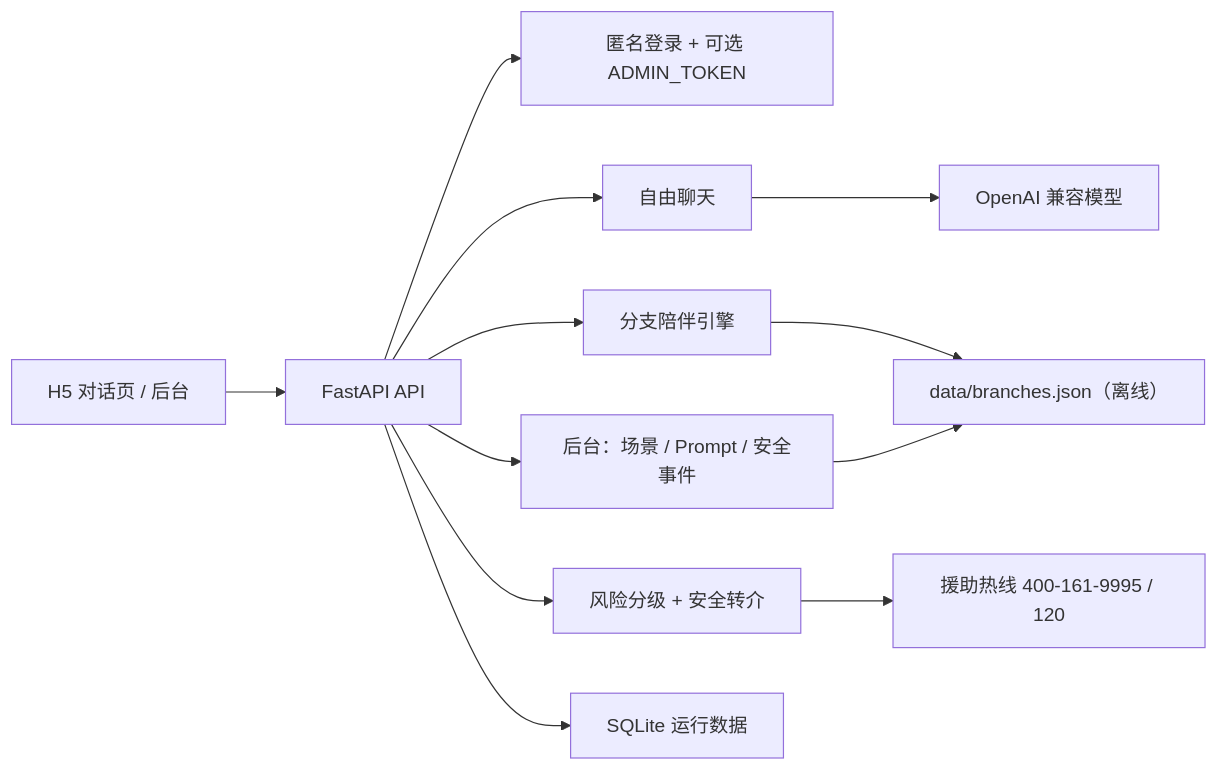
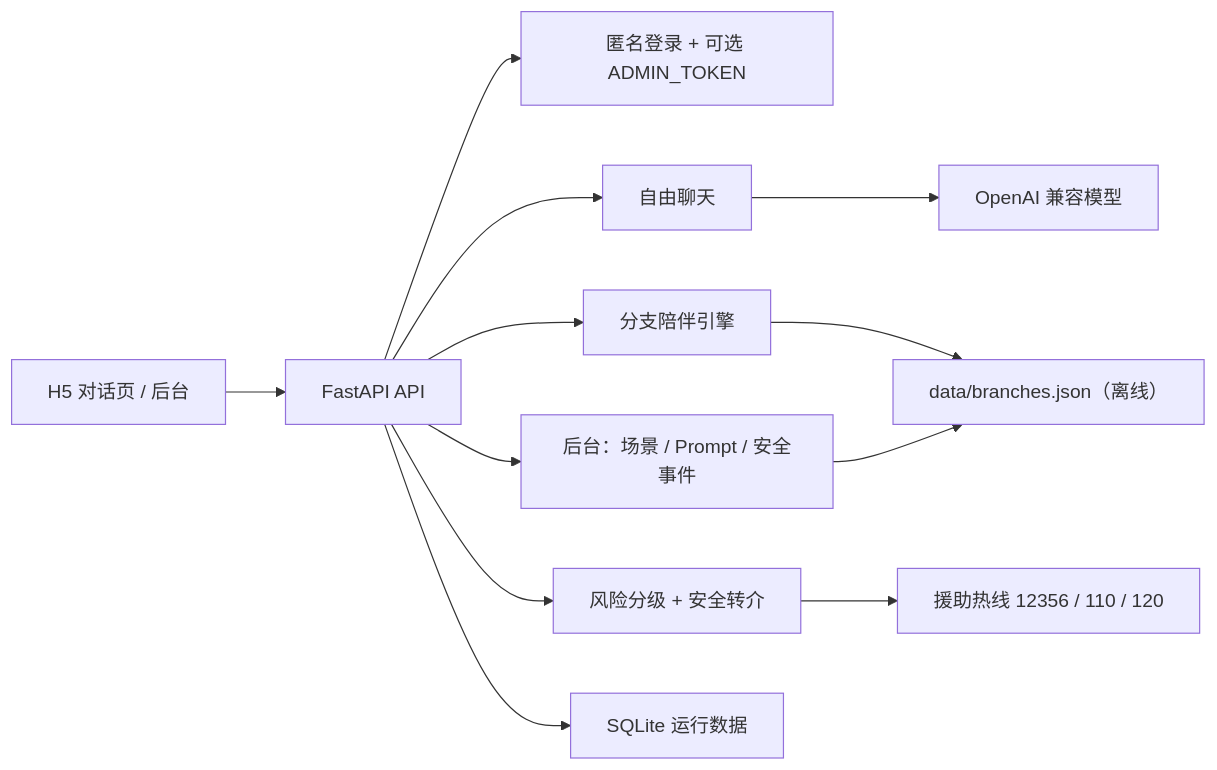
One commit to liao96312/houmenbiegun changed the diagram in README.zh-CN.md. Above: the diagram before and after it, drawn with Mermaid. The commit also changed other lines of this file and 20 other files, not shown here.

Commit message:
Harden safety and MVP acceptance flow

````diff
--- a/README.zh-CN.md
+++ b/README.zh-CN.md
@@ -55,14 +55,14 @@
 ```mermaid
 flowchart LR
   Browser["H5 对话页 / 后台"] --> API["FastAPI API"]
   API --> Auth["匿名登录 + 可选 ADMIN_TOKEN"]
   API --> Free["自由聊天"]
   Free --> LLM["OpenAI 兼容模型"]
   API --> Branch["分支陪伴引擎"]
   Branch --> JSON["data/branches.json（离线）"]
   API --> Safety["风险分级 + 安全转介"]
-  Safety --> Hotline["援助热线 400-161-9995 / 120"]
+  Safety --> Hotline["援助热线 12356 / 110 / 120"]
   API --> Admin["后台：场景 / Prompt / 安全事件"]
   Admin --> JSON
   API --> Store["SQLite 运行数据"]
 ```
````
